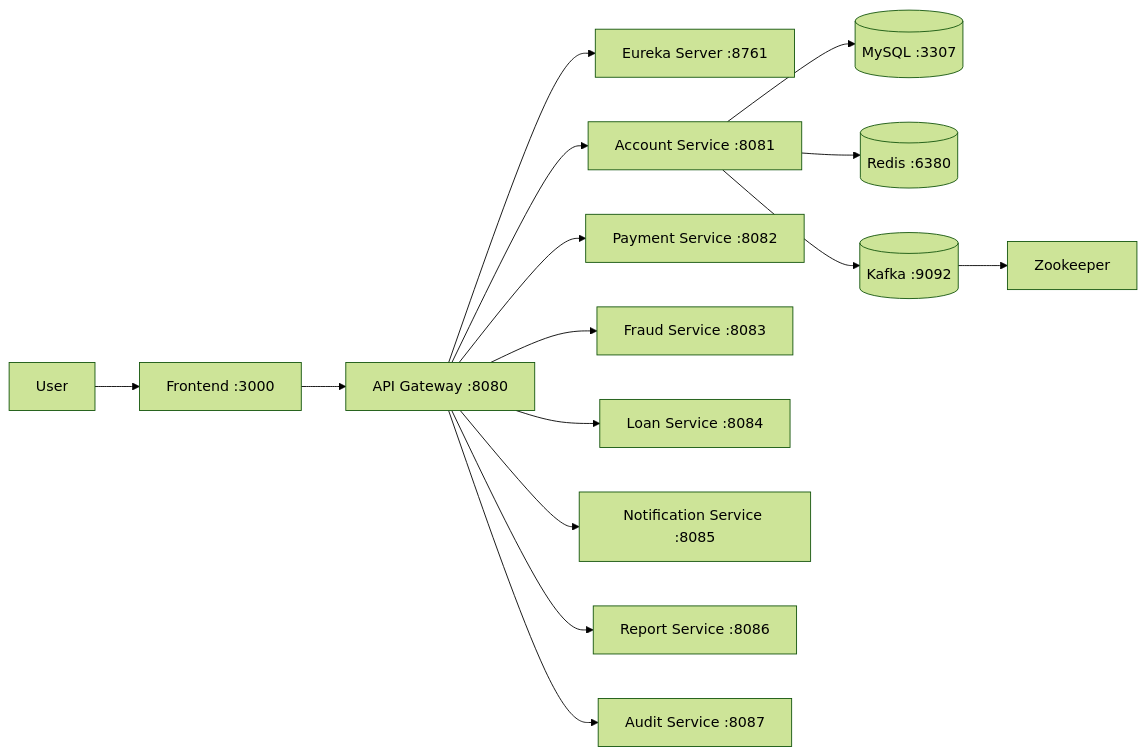
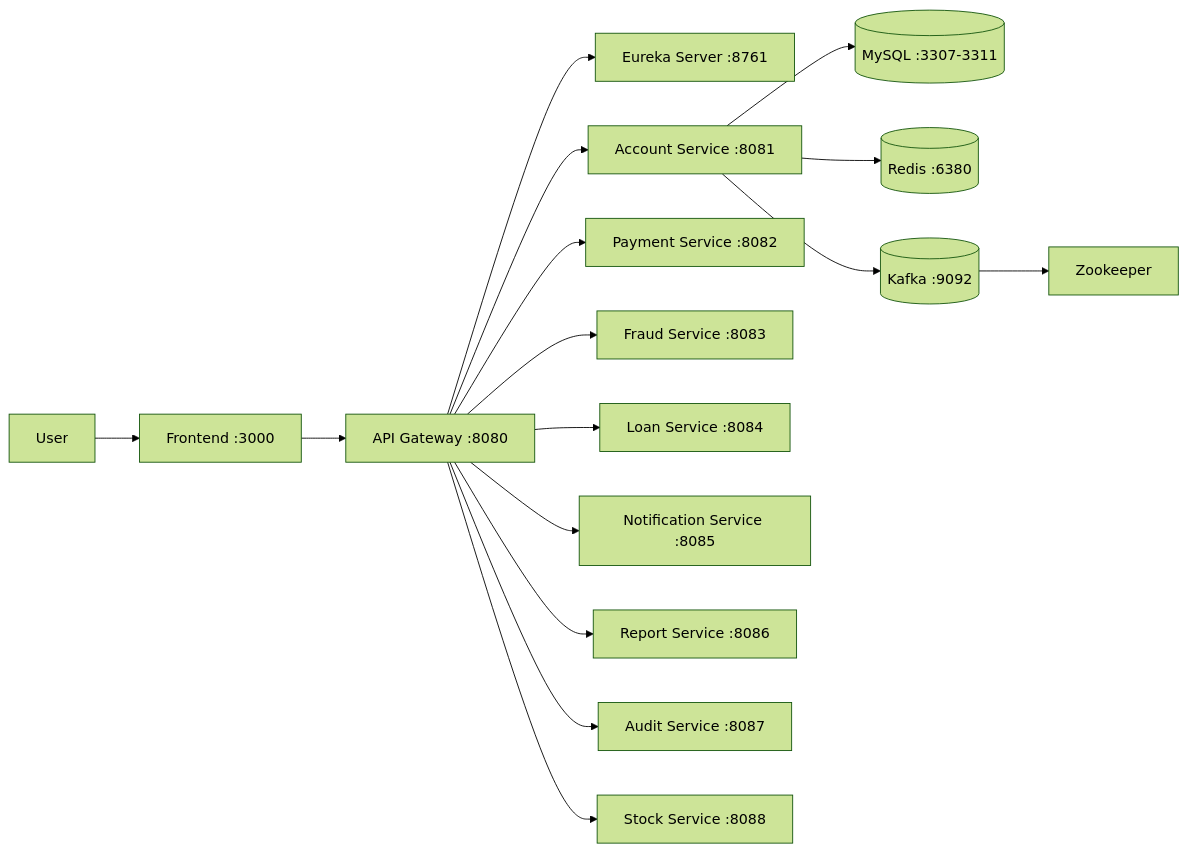
The diagram in README.md (hanguyenviet7704/finance_individual), drawn with Mermaid (forest theme) before and after one commit. The commit also changed other lines of this file and 34 other files, not shown here.

````diff
--- a/README.md
+++ b/README.md
@@ -30,17 +30,18 @@
 ```mermaid
 graph LR
     U[User] --> FE[Frontend :3000]
     FE --> GW[API Gateway :8080]
     GW --> ES[Eureka Server :8761]
     GW --> AS[Account Service :8081]
     GW --> PS[Payment Service :8082]
     GW --> FS[Fraud Service :8083]
     GW --> LS[Loan Service :8084]
     GW --> NS[Notification Service :8085]
     GW --> RS[Report Service :8086]
     GW --> AuS[Audit Service :8087]
-    AS --> MYSQL[(MySQL :3307)]
+    GW --> SS[Stock Service :8088]
+    AS --> MYSQL[(MySQL :3307-3311)]
     AS --> REDIS[(Redis :6380)]
     AS --> KAFKA[(Kafka :9092)]
     KAFKA --> ZK[Zookeeper]
 ```
````
